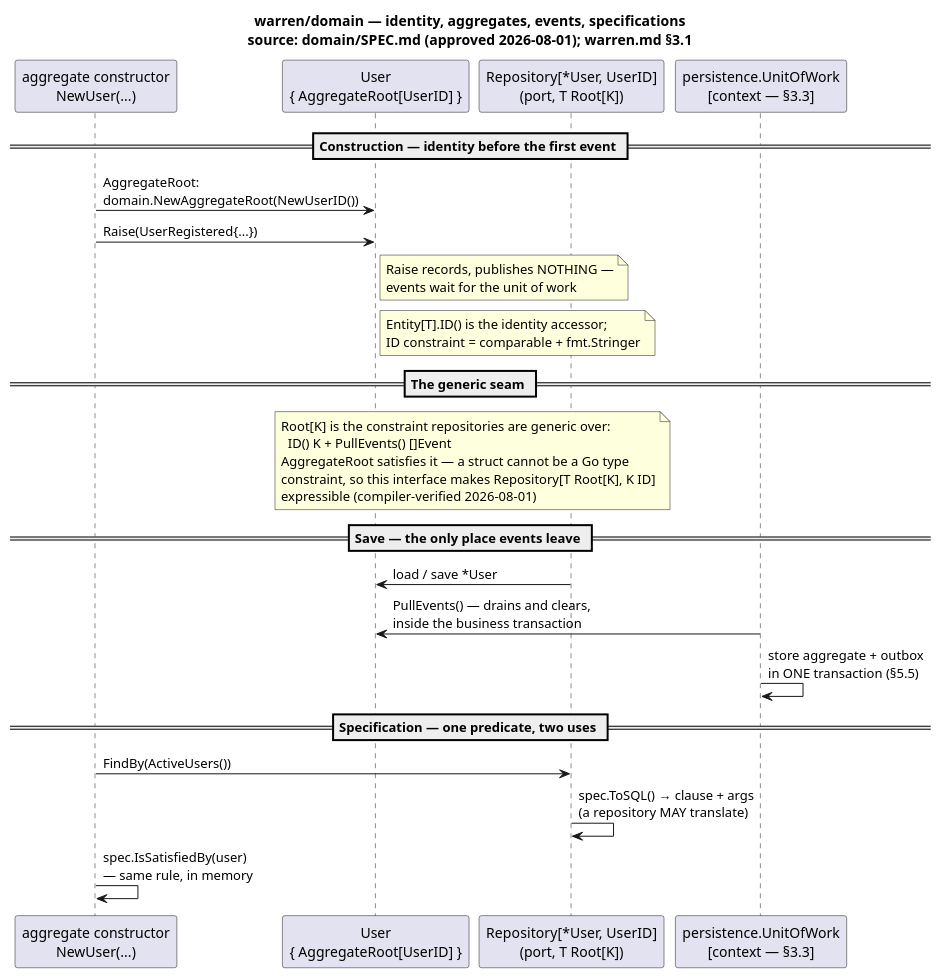
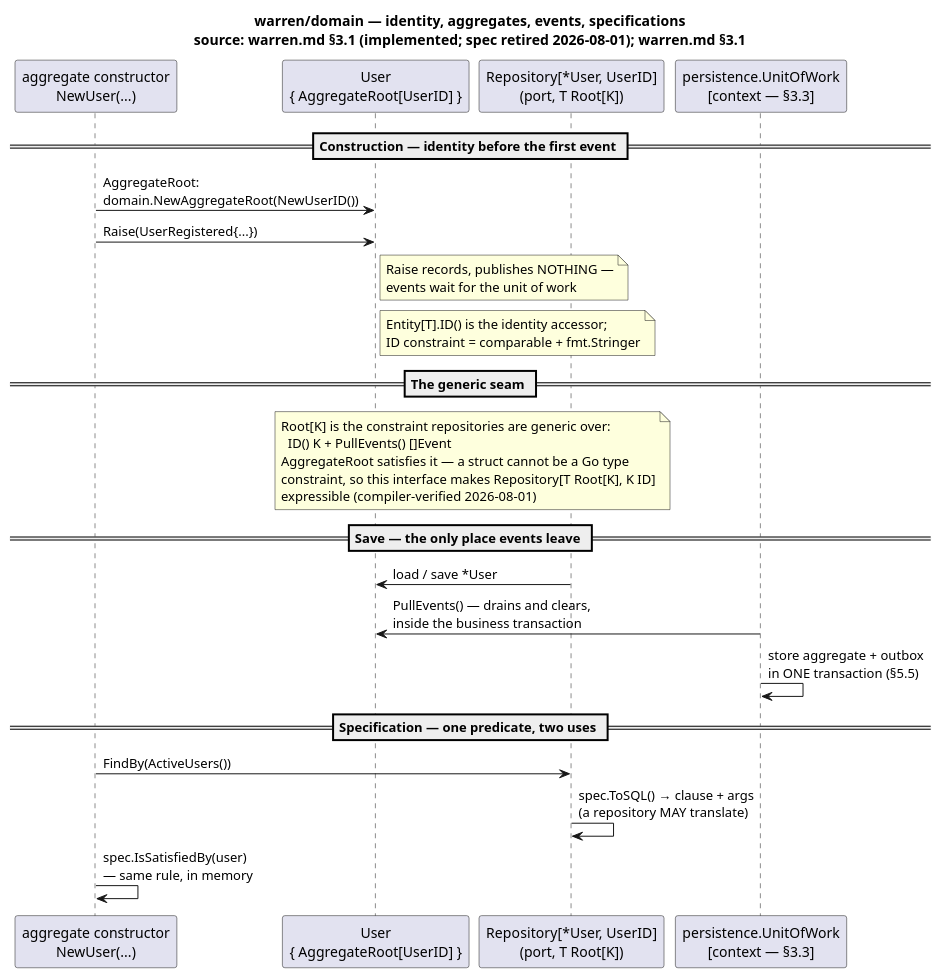
The diagram in docs/assets/domain-usage.puml (MerseniBilel/warren), drawn with PlantUML before and after one commit. The commit also changed 29 other files, not shown here.

```diff
--- a/docs/assets/domain-usage.puml
+++ b/docs/assets/domain-usage.puml
@@ -1,27 +1,27 @@
 @startuml domain-usage
-title warren/domain — identity, aggregates, events, specifications\nsource: domain/SPEC.md (approved 2026-08-01); warren.md §3.1
+title warren/domain — identity, aggregates, events, specifications\nsource: warren.md §3.1 (implemented; spec retired 2026-08-01); warren.md §3.1
 
 participant "aggregate constructor\nNewUser(...)" as ctor
 participant "User\n{ AggregateRoot[UserID] }" as agg
 participant "Repository[*User, UserID]\n(port, T Root[K])" as repo
 participant "persistence.UnitOfWork\n[context — §3.3]" as uow
 
 == Construction — identity before the first event ==
 ctor -> agg : AggregateRoot:\ndomain.NewAggregateRoot(NewUserID())
 ctor -> agg : Raise(UserRegistered{...})
 note right of agg : Raise records, publishes NOTHING —\nevents wait for the unit of work
 note right of agg : Entity[T].ID() is the identity accessor;\nID constraint = comparable + fmt.Stringer
 
 == The generic seam ==
 note over agg, repo : Root[K] is the constraint repositories are generic over:\n  ID() K + PullEvents() []Event\nAggregateRoot satisfies it — a struct cannot be a Go type\nconstraint, so this interface makes Repository[T Root[K], K ID]\nexpressible (compiler-verified 2026-08-01)
 
 == Save — the only place events leave ==
 repo -> agg : load / save *User
 uow -> agg : PullEvents() — drains and clears,\ninside the business transaction
 uow -> uow : store aggregate + outbox\nin ONE transaction (§5.5)
 
 == Specification — one predicate, two uses ==
 ctor -> repo : FindBy(ActiveUsers())
 repo -> repo : spec.ToSQL() → clause + args\n(a repository MAY translate)
 ctor -> ctor : spec.IsSatisfiedBy(user)\n— same rule, in memory
 @enduml
```
